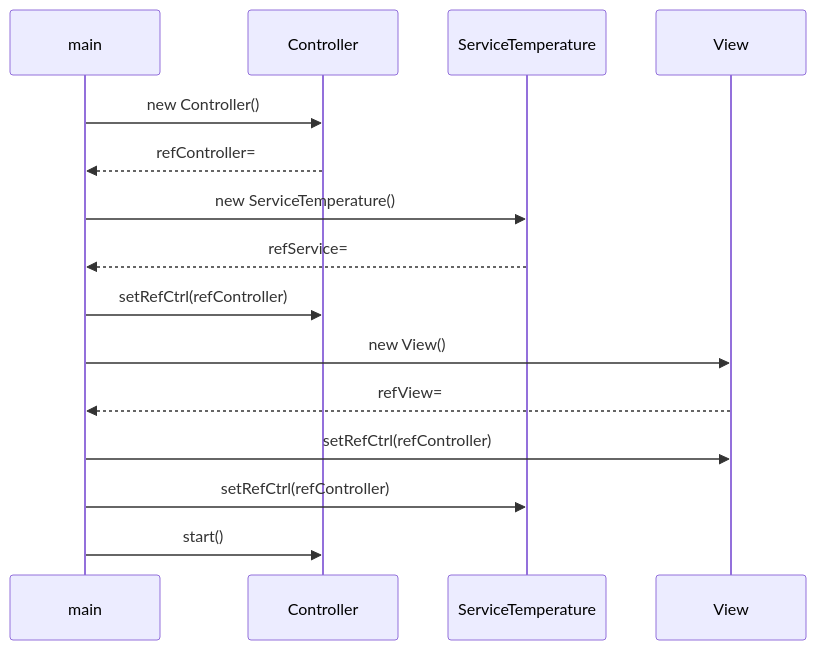
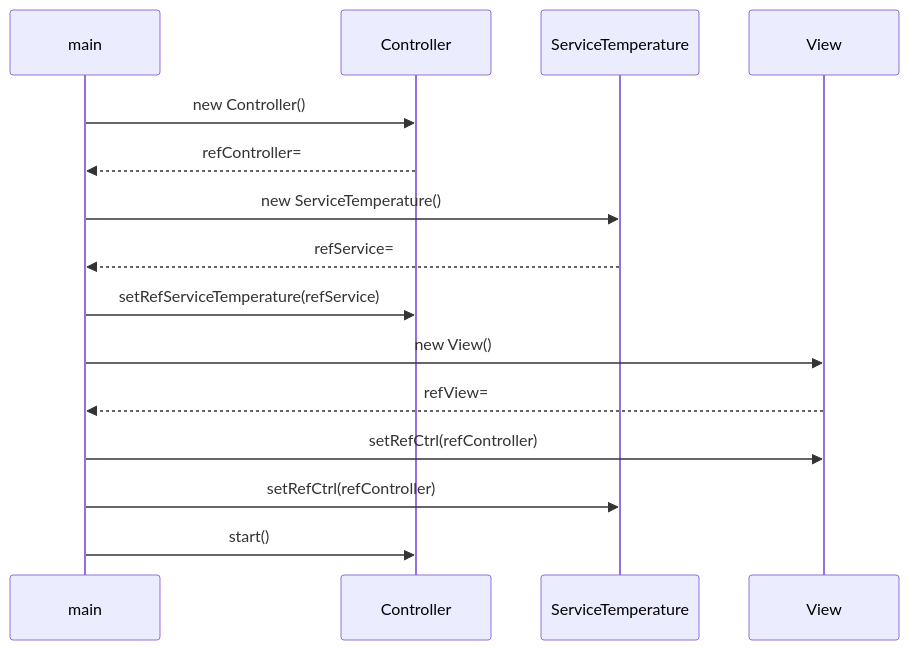
The third of 3 diagrams in README.md (emf-info-d400/Ex07-ConvertisseurTemperature), drawn with Mermaid before and after one commit. The commit also changed other lines of this file and 59 other files, not shown here.

````diff
--- a/README.md
+++ b/README.md
@@ -88,14 +89,14 @@
 ```mermaid
 sequenceDiagram
     participant main
     main->>Controller: new Controller()
     Controller-->>main: refController=
     main->>ServiceTemperature: new ServiceTemperature()
     ServiceTemperature-->>main: refService=
-    main->>Controller: setRefCtrl(refController)
+    main->>Controller: setRefServiceTemperature(refService)
     main->>View: new View()
     View-->>main: refView=
     main->>View: setRefCtrl(refController)
     main->>ServiceTemperature: setRefCtrl(refController)
     main->>Controller: start()
 ```
````
